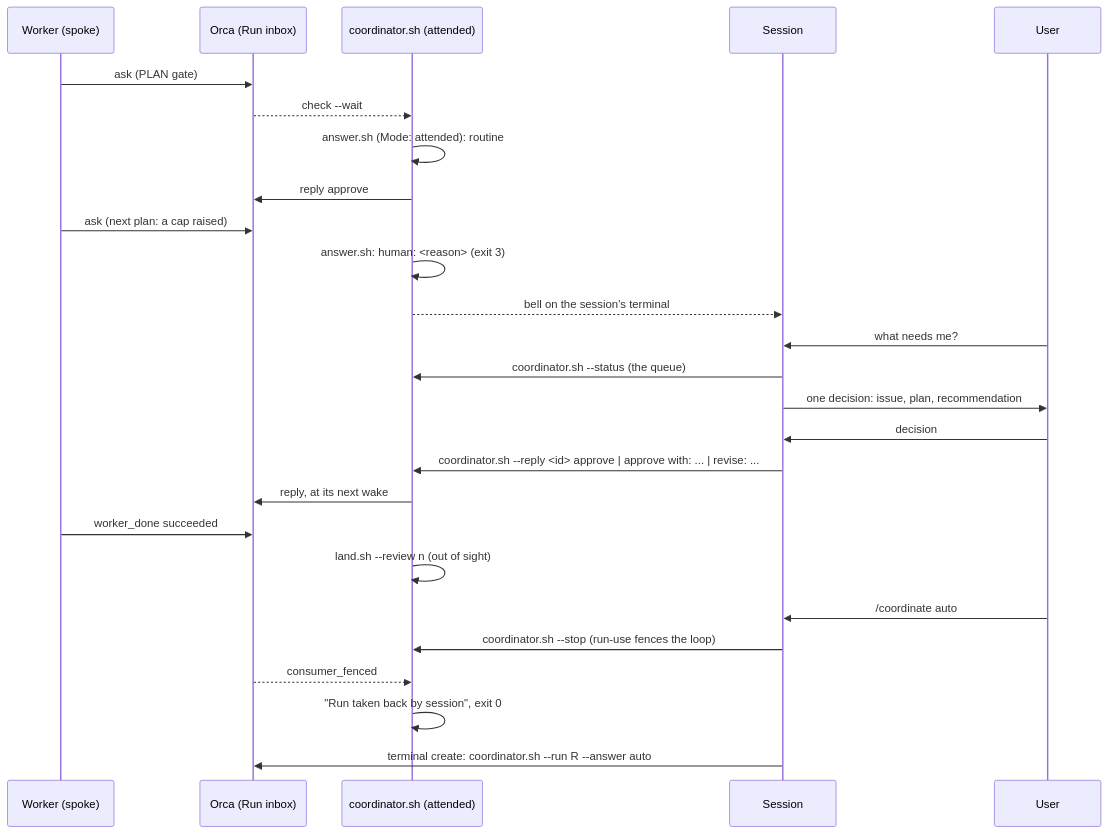
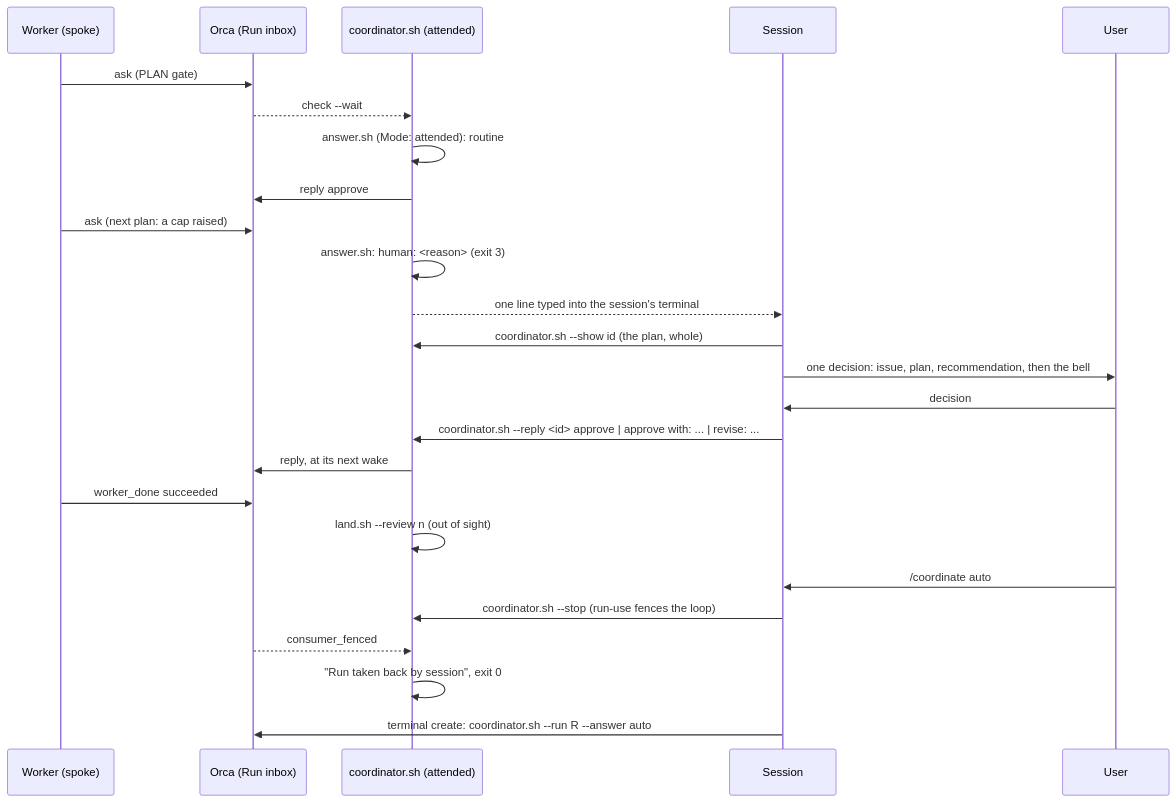
One commit to mcrilo33/ai-toolkit changed the first of 2 diagrams in docs/architecture.md. Above: the diagram before and after it, drawn with Mermaid. The commit also changed other lines of this file and 2 other files, not shown here.

Commit message:
docs(coordinate): the session reads the item whole, presents it, then rings; the loop's bell is gone from the skills and the architecture (#457)

````diff
--- a/docs/architecture.md
+++ b/docs/architecture.md
@@ -85,28 +86,27 @@
 ```mermaid
 sequenceDiagram
     participant W as Worker (spoke)
     participant O as Orca (Run inbox)
     participant L as coordinator.sh (attended)
     participant S as Session
     participant U as User
     W->>O: ask (PLAN gate)
     O-->>L: check --wait
     L->>L: answer.sh (Mode: attended): routine
     L->>O: reply approve
     W->>O: ask (next plan: a cap raised)
     L->>L: answer.sh: human: <reason> (exit 3)
-    L-->>S: bell on the session's terminal
-    U->>S: what needs me?
-    S->>L: coordinator.sh --status (the queue)
-    S->>U: one decision: issue, plan, recommendation
+    L-->>S: one line typed into the session's terminal
+    S->>L: coordinator.sh --show id (the plan, whole)
+    S->>U: one decision: issue, plan, recommendation, then the bell
     U->>S: decision
     S->>L: coordinator.sh --reply <id> approve | approve with: ... | revise: ...
     L->>O: reply, at its next wake
     W->>O: worker_done succeeded
     L->>L: land.sh --review n (out of sight)
     U->>S: /coordinate auto
     S->>L: coordinator.sh --stop (run-use fences the loop)
     O-->>L: consumer_fenced
     L->>L: "Run taken back by session", exit 0
     S->>O: terminal create: coordinator.sh --run R --answer auto
 ```
````
